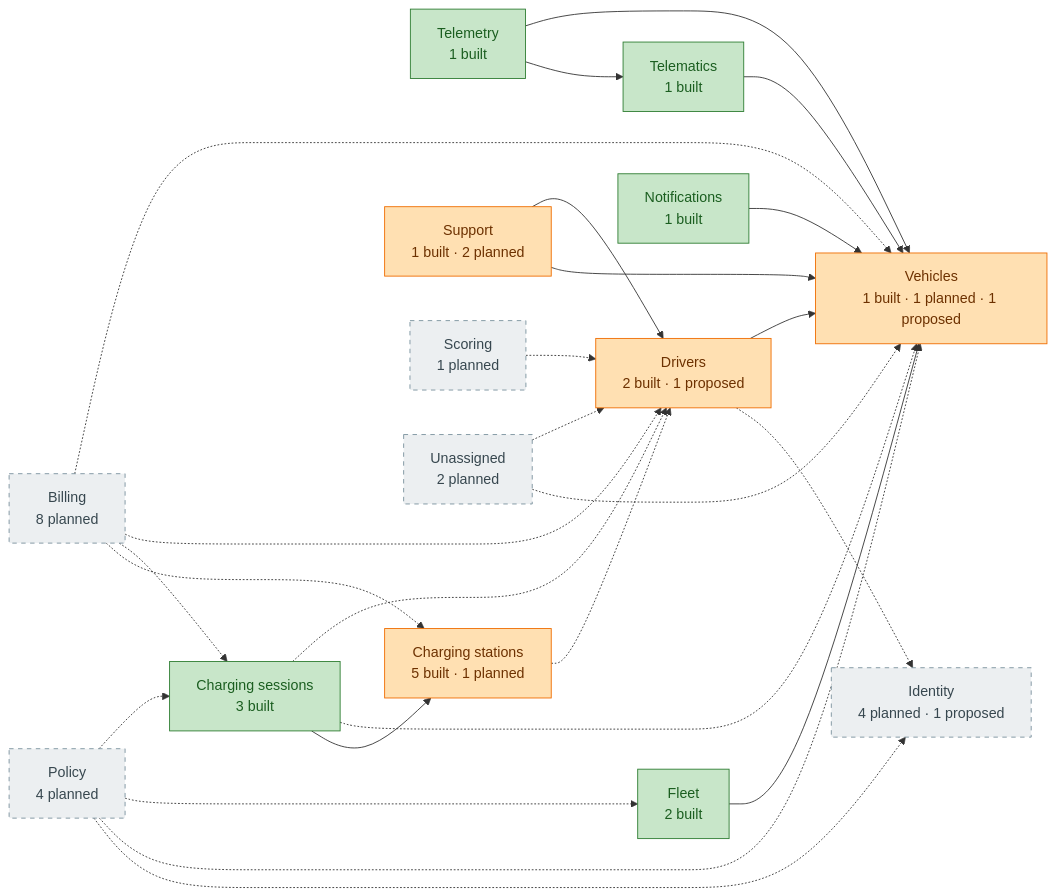
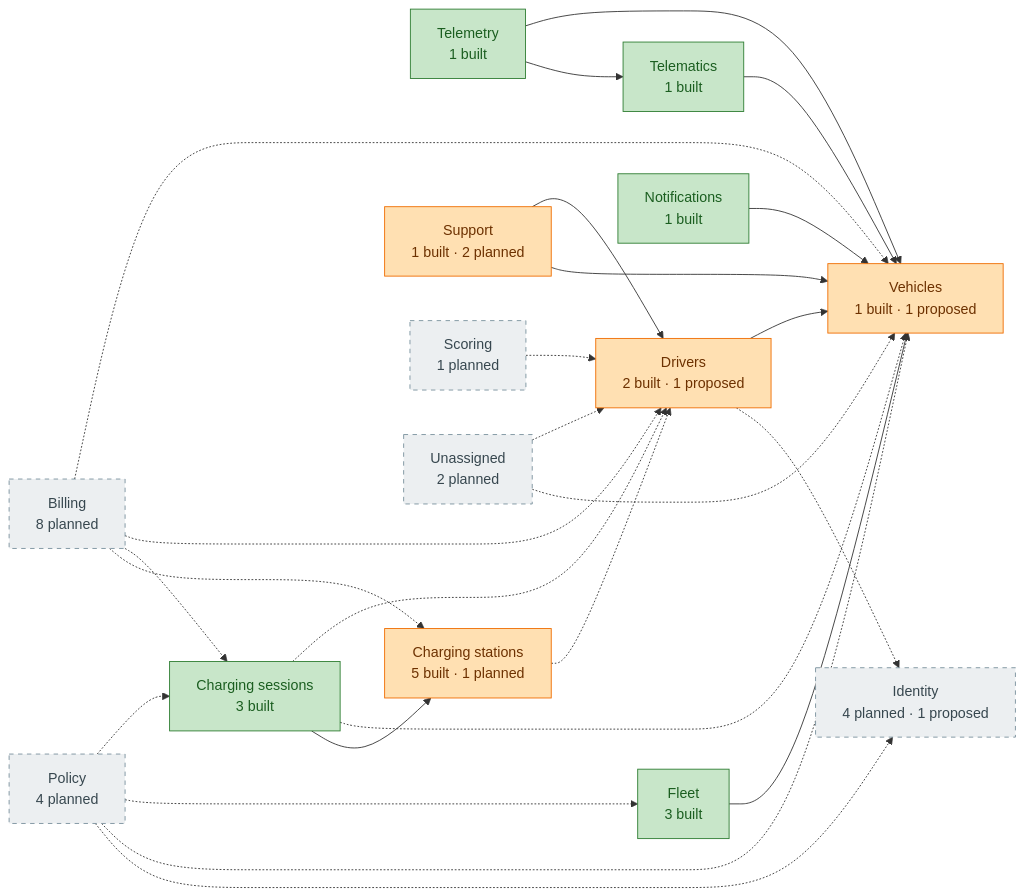
The diagram in docs/01-requirements/domain-model/overview.md (yolo-coccoc/G3Network-app), drawn with Mermaid before and after one commit. The commit also changed other lines of this file and 15 other files, not shown here.

First line of the commit message:
feat(db): schema and settings for the happy-path completion round (phase A)

````diff
--- a/docs/01-requirements/domain-model/overview.md
+++ b/docs/01-requirements/domain-model/overview.md
@@ -27,44 +27,44 @@
 ```mermaid
 flowchart LR
   identity["Identity<br/>4 planned · 1 proposed"]:::planned
-  vehicles["Vehicles<br/>1 built · 1 planned · 1 proposed"]:::partial
+  vehicles["Vehicles<br/>1 built · 1 proposed"]:::partial
   telematics["Telematics<br/>1 built"]:::built
   telemetry["Telemetry<br/>1 built"]:::built
   drivers["Drivers<br/>2 built · 1 proposed"]:::partial
-  fleet["Fleet<br/>2 built"]:::built
+  fleet["Fleet<br/>3 built"]:::built
   charging_stations["Charging stations<br/>5 built · 1 planned"]:::partial
   charging_sessions["Charging sessions<br/>3 built"]:::built
   notifications["Notifications<br/>1 built"]:::built
   support["Support<br/>1 built · 2 planned"]:::partial
   policy["Policy<br/>4 planned"]:::planned
   billing["Billing<br/>8 planned"]:::planned
   scoring["Scoring<br/>1 planned"]:::planned
   unassigned["Unassigned<br/>2 planned"]:::planned
   telematics --> vehicles
   telemetry --> telematics
   telemetry --> vehicles
   drivers -.-> identity
   drivers --> vehicles
   fleet --> vehicles
   charging_stations -.-> drivers
   charging_sessions --> charging_stations
   charging_sessions -.-> vehicles
   charging_sessions -.-> drivers
   notifications --> vehicles
   support --> vehicles
   support --> drivers
   policy -.-> identity
   policy -.-> vehicles
   policy -.-> fleet
   policy -.-> charging_sessions
   billing -.-> charging_stations
   billing -.-> charging_sessions
   billing -.-> drivers
   billing -.-> vehicles
   scoring -.-> drivers
   unassigned -.-> vehicles
   unassigned -.-> drivers
   classDef built fill:#C8E6C9,stroke:#2E7D32,color:#1B5E20
   classDef partial fill:#FFE0B2,stroke:#EF6C00,color:#6D3100
   classDef planned fill:#ECEFF1,stroke:#78909C,color:#37474F,stroke-dasharray:5 5
 ```
````
